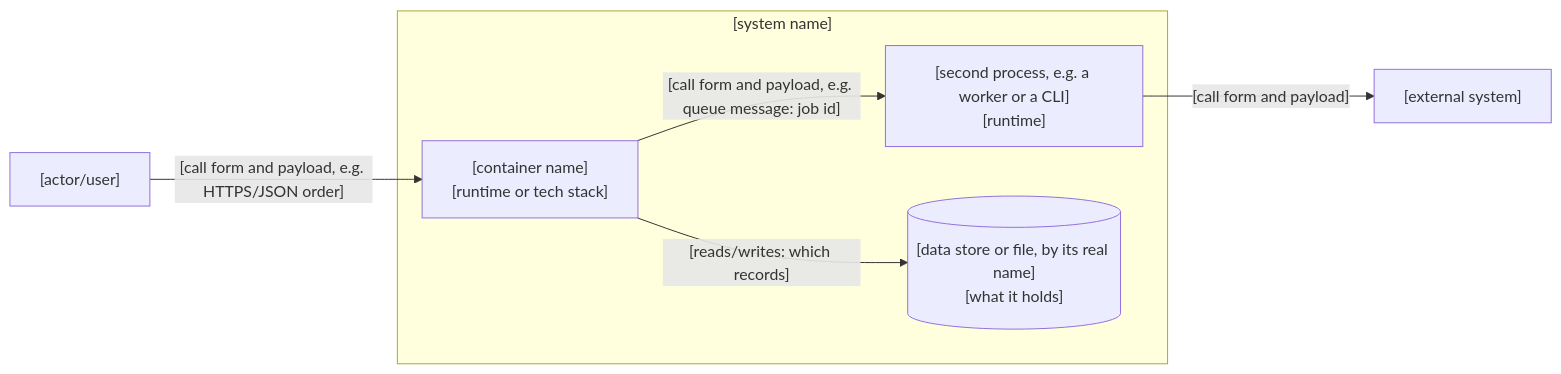
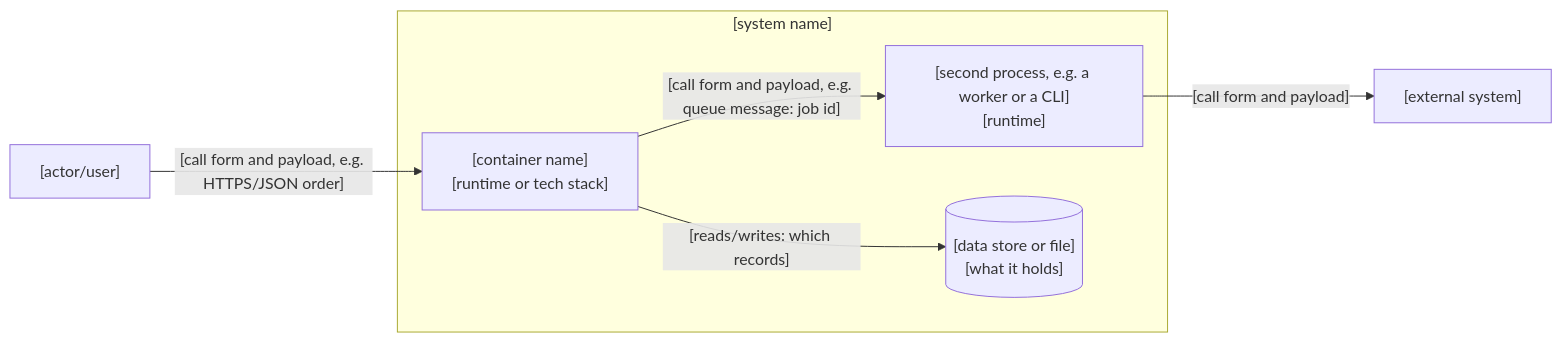
One commit to khoavu882/do-flow changed the second of 6 diagrams in core/shared/templates/doflow/design-template.md. Above: the diagram before and after it, drawn with Mermaid. The commit also changed other lines of this file and 6 other files, not shown here.

First line of the commit message:
fix(render-page,guidance): review findings on the page and the diagram guide

````diff
--- a/core/shared/templates/doflow/design-template.md
+++ b/core/shared/templates/doflow/design-template.md
@@ -103,15 +103,15 @@
 ```mermaid
 flowchart LR
     USER["[actor/user]"]
     subgraph boundary["[system name]"]
         APP["[container name]<br/>[runtime or tech stack]"]
         WORKER["[second process, e.g. a worker or a CLI]<br/>[runtime]"]
-        DB[("[data store or file, by its real name]<br/>[what it holds]")]
+        DB[("[data store or file]<br/>[what it holds]")]
     end
     EXT["[external system]"]
 
     USER -->|"[call form and payload, e.g. HTTPS/JSON order]"| APP
     APP -->|"[call form and payload, e.g. queue message: job id]"| WORKER
     APP -->|"[reads/writes: which records]"| DB
     WORKER -->|"[call form and payload]"| EXT
 ```
````
